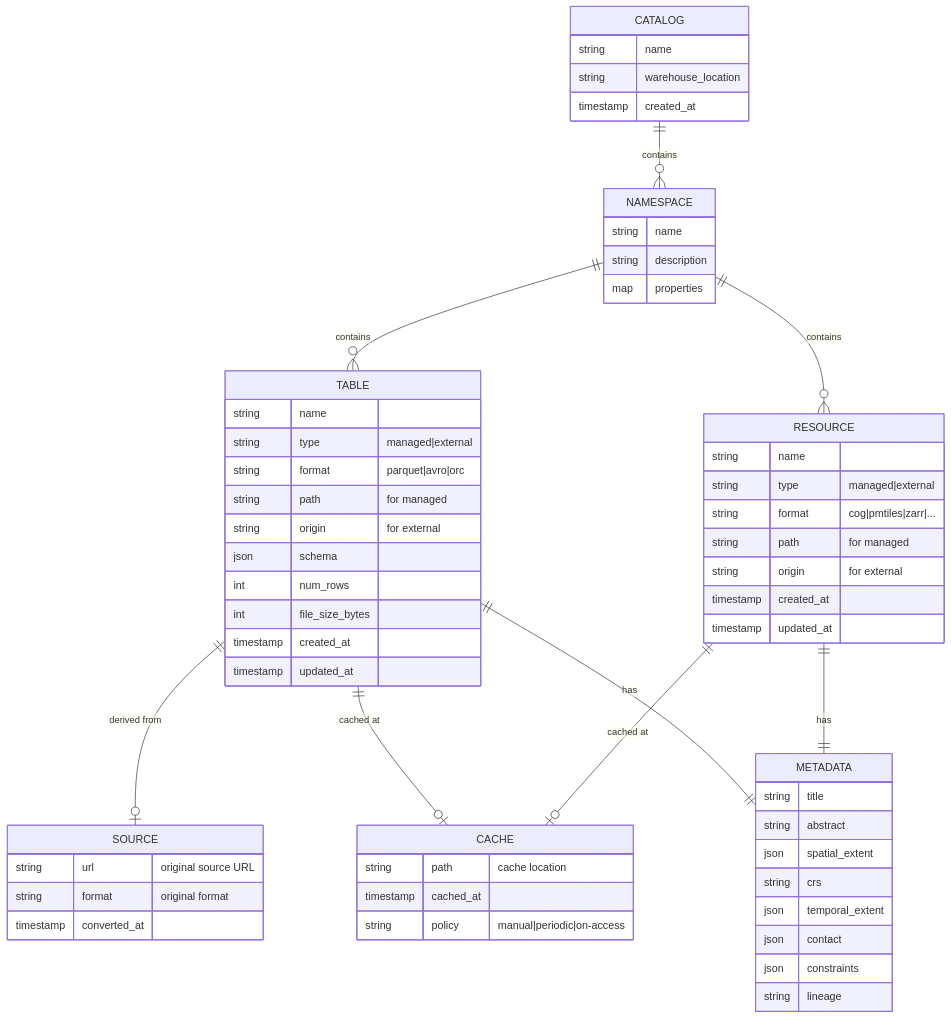
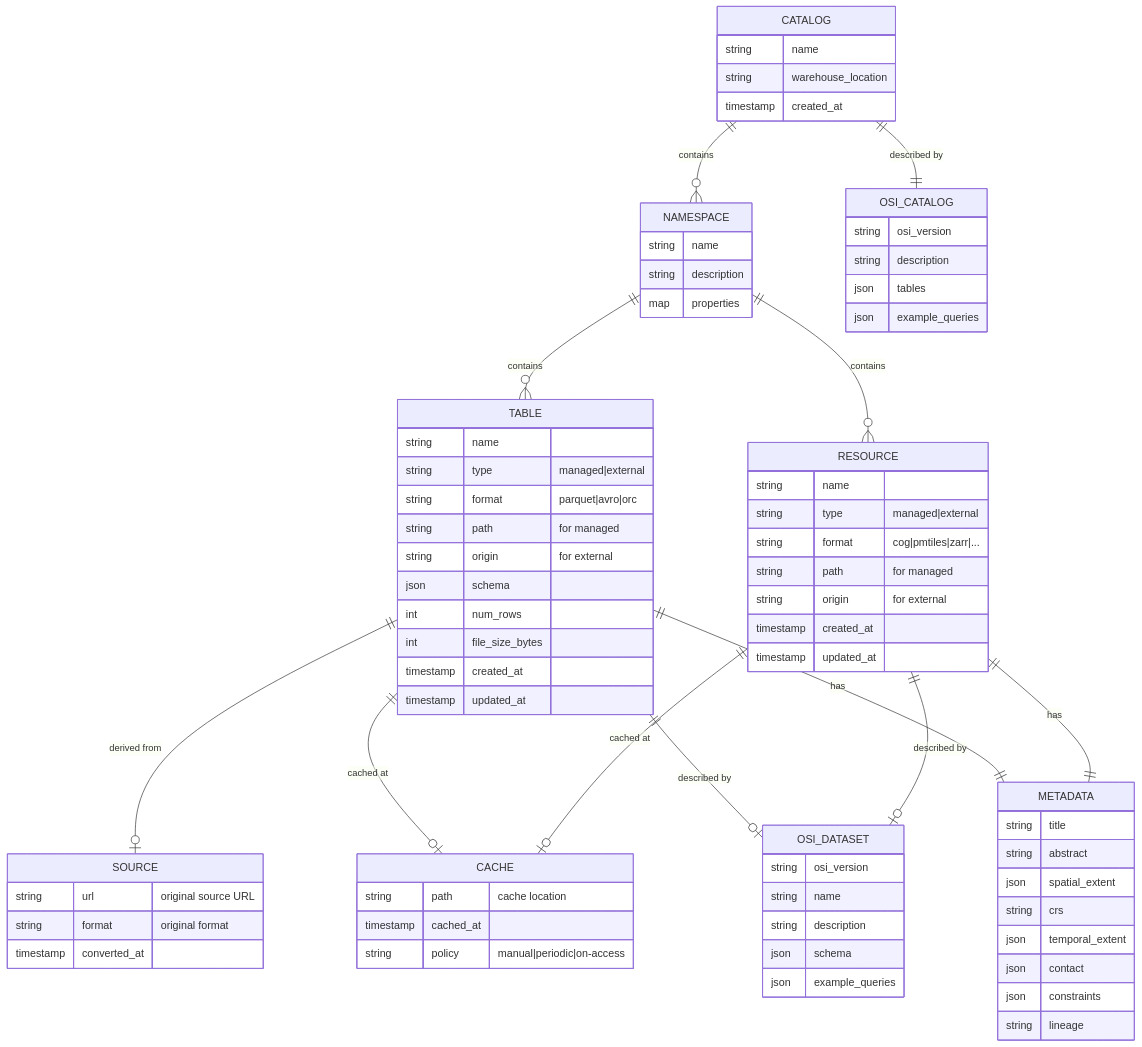
The first of 3 diagrams in docs/catalog-data-model.md (portolan-sdi/portolan), drawn with Mermaid before and after one commit. The commit also changed other lines of this file, not shown here.

First line of the commit message:
Add OSI semantic layer and SQL-queryable discovery documentation

````diff
--- a/docs/catalog-data-model.md
+++ b/docs/catalog-data-model.md
@@ -21,11 +264,14 @@
 ```mermaid
 erDiagram
     CATALOG ||--o{ NAMESPACE : contains
+    CATALOG ||--|| OSI_CATALOG : "described by"
     NAMESPACE ||--o{ TABLE : contains
     NAMESPACE ||--o{ RESOURCE : contains
     TABLE ||--o| SOURCE : "derived from"
     TABLE ||--o| CACHE : "cached at"
+    TABLE ||--o| OSI_DATASET : "described by"
     RESOURCE ||--o| CACHE : "cached at"
+    RESOURCE ||--o| OSI_DATASET : "described by"
     TABLE ||--|| METADATA : has
     RESOURCE ||--|| METADATA : has
 
@@ -33,6 +279,21 @@
         string name
         string warehouse_location
         timestamp created_at
+    }
+
+    OSI_CATALOG {
+        string osi_version
+        string description
+        json tables
+        json example_queries
+    }
+
+    OSI_DATASET {
+        string osi_version
+        string name
+        string description
+        json schema
+        json example_queries
     }
 
     NAMESPACE {
````
